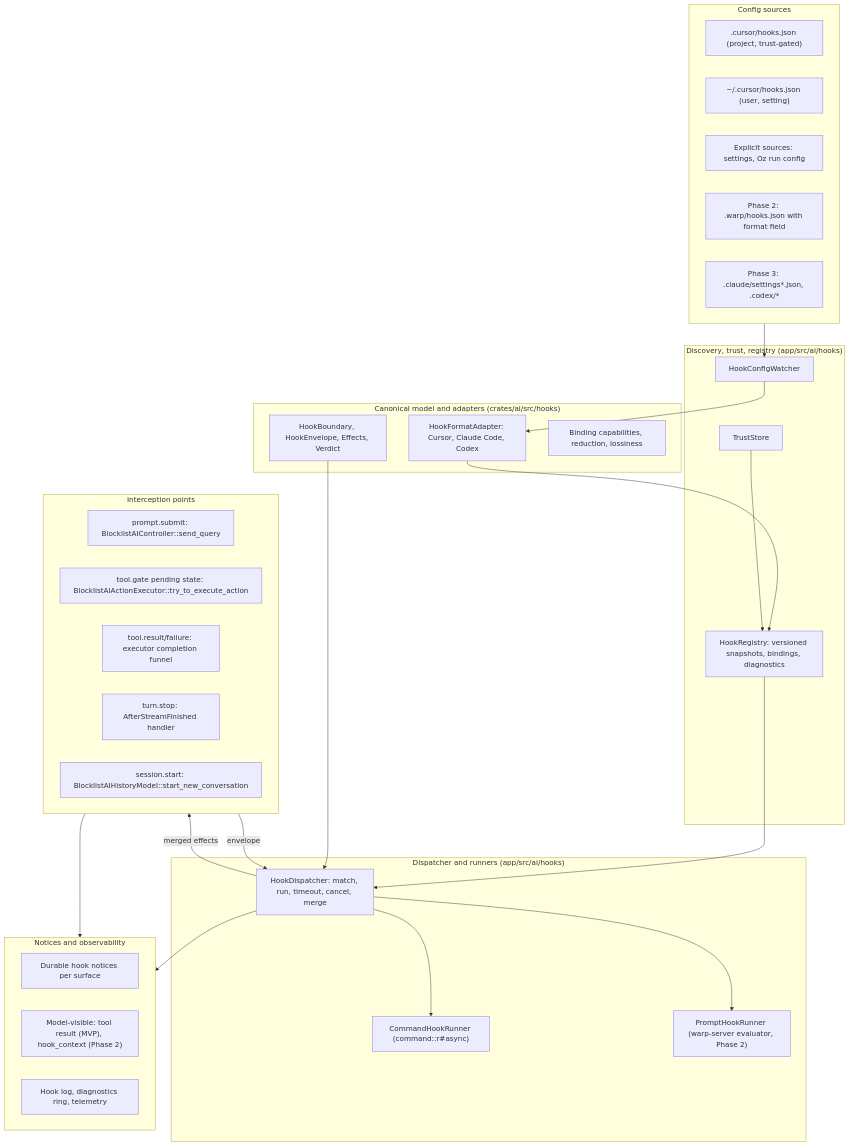
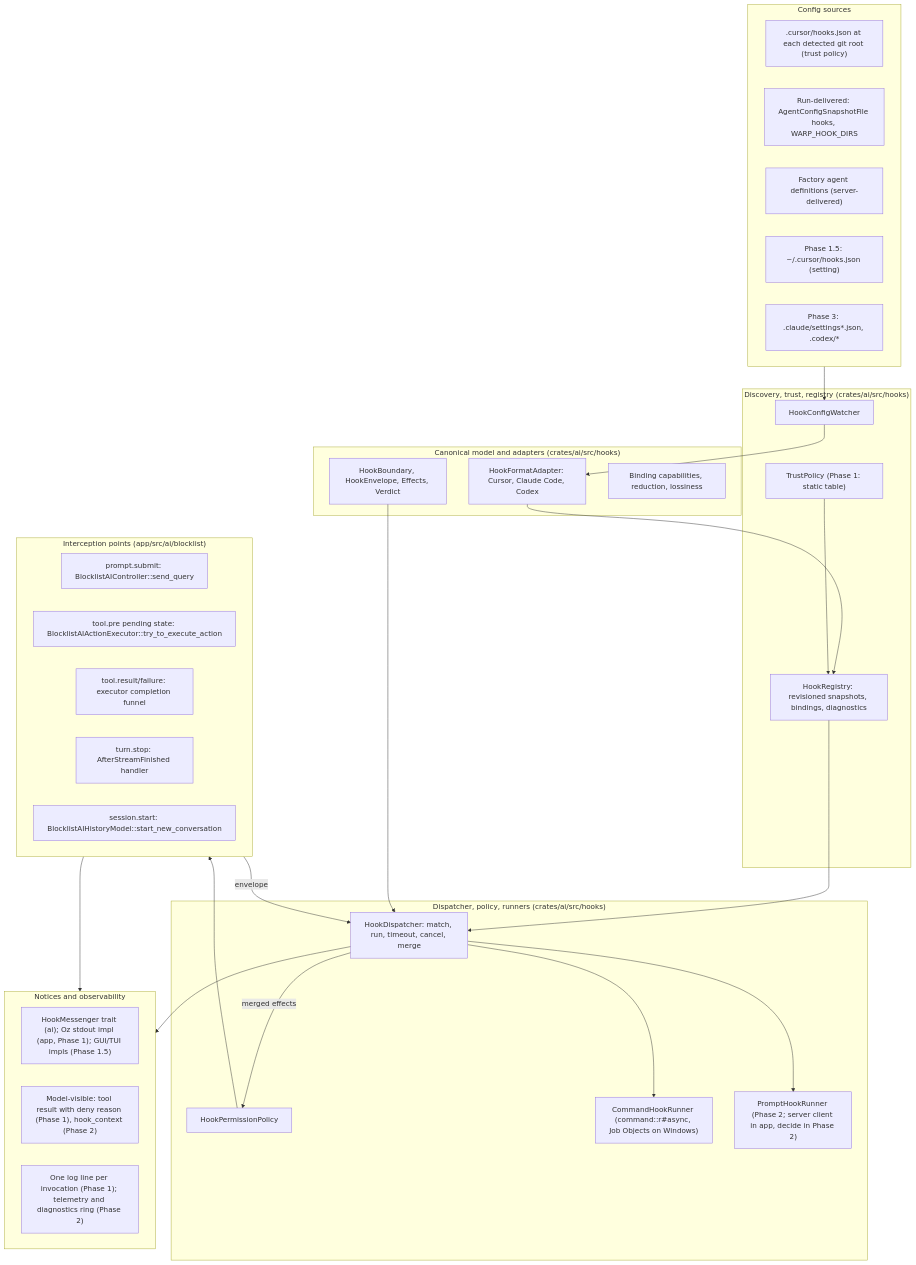
The diagram in specs/agent-hooks/architecture.md (warpdotdev/warp), drawn with Mermaid before and after one commit. The commit also changed other lines of this file and 2 other files, not shown here.

First line of the commit message:
Address review: Phase 1 cloud/CLI scope, crates/ai placement, posture-based trust

````diff
--- a/specs/agent-hooks/architecture.md
+++ b/specs/agent-hooks/architecture.md
@@ -44,47 +45,48 @@
 ```mermaid
 flowchart TB
   subgraph Sources["Config sources"]
-    S1[".cursor/hooks.json (project, trust-gated)"]
-    S2["~/.cursor/hooks.json (user, setting)"]
-    S3["Explicit sources: settings, Oz run config"]
-    S4["Phase 2: .warp/hooks.json with format field"]
+    S1[".cursor/hooks.json at each detected git root (trust policy)"]
+    S2["Run-delivered: AgentConfigSnapshotFile hooks, WARP_HOOK_DIRS"]
+    S3["Factory agent definitions (server-delivered)"]
+    S4["Phase 1.5: ~/.cursor/hooks.json (setting)"]
     S5["Phase 3: .claude/settings*.json, .codex/*"]
-  end
-  subgraph Discovery["Discovery, trust, registry (app/src/ai/hooks)"]
-    D1["HookConfigWatcher"]
-    D2["TrustStore"]
-    D3["HookRegistry: versioned snapshots, bindings, diagnostics"]
   end
   subgraph Pure["Canonical model and adapters (crates/ai/src/hooks)"]
     P1["HookBoundary, HookEnvelope, Effects, Verdict"]
     P2["HookFormatAdapter: Cursor, Claude Code, Codex"]
     P3["Binding capabilities, reduction, lossiness"]
   end
-  subgraph Runtime["Dispatcher and runners (app/src/ai/hooks)"]
+  subgraph Discovery["Discovery, trust, registry (crates/ai/src/hooks)"]
+    D1["HookConfigWatcher"]
+    D2["TrustPolicy (Phase 1: static table)"]
+    D3["HookRegistry: revisioned snapshots, bindings, diagnostics"]
+  end
+  subgraph Runtime["Dispatcher, policy, runners (crates/ai/src/hooks)"]
     R1["HookDispatcher: match, run, timeout, cancel, merge"]
-    R2["CommandHookRunner (command::r#async)"]
-    R3["PromptHookRunner (warp-server evaluator, Phase 2)"]
+    R2["HookPermissionPolicy"]
+    R3["CommandHookRunner (command::r#async, Job Objects on Windows)"]
+    R4["PromptHookRunner (Phase 2; server client in app, decide in Phase 2)"]
   end
-  subgraph Loop["Interception points"]
+  subgraph Loop["Interception points (app/src/ai/blocklist)"]
     L1["prompt.submit: BlocklistAIController::send_query"]
-    L2["tool.gate pending state: BlocklistAIActionExecutor::try_to_execute_action"]
+    L2["tool.pre pending state: BlocklistAIActionExecutor::try_to_execute_action"]
     L3["tool.result/failure: executor completion funnel"]
     L4["turn.stop: AfterStreamFinished handler"]
     L5["session.start: BlocklistAIHistoryModel::start_new_conversation"]
   end
   subgraph Out["Notices and observability"]
-    O1["Durable hook notices per surface"]
-    O2["Model-visible: tool result (MVP), hook_context (Phase 2)"]
-    O3["Hook log, diagnostics ring, telemetry"]
+    O1["HookMessenger trait (ai); Oz stdout impl (app, Phase 1); GUI/TUI impls (Phase 1.5)"]
+    O2["Model-visible: tool result with deny reason (Phase 1), hook_context (Phase 2)"]
+    O3["One log line per invocation (Phase 1); telemetry and diagnostics ring (Phase 2)"]
   end
   Sources --> D1 --> P2 --> D3
   D2 --> D3
   D3 --> R1
   P1 --> R1
   Loop -- envelope --> R1
-  R1 --> R2
   R1 --> R3
-  R1 -- merged effects --> Loop
+  R1 --> R4
+  R1 -- merged effects --> R2 --> Loop
   R1 --> Out
   Loop --> Out
 ```
````
